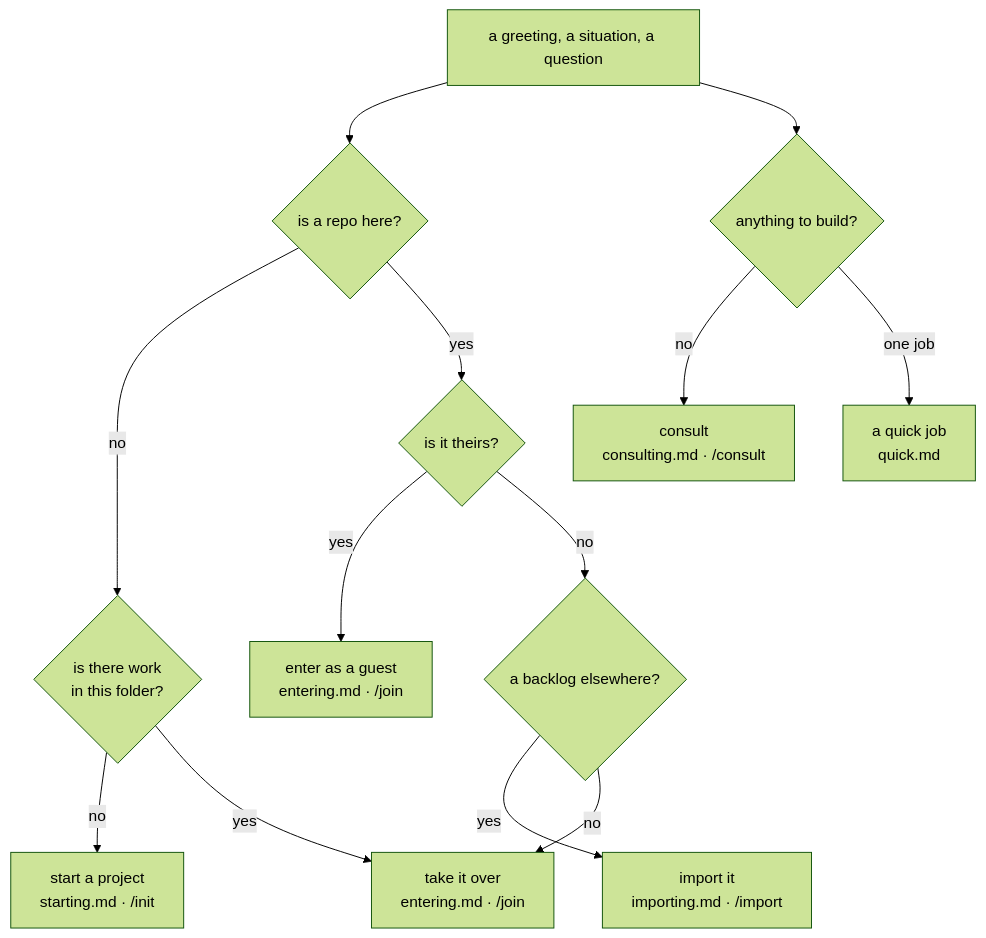
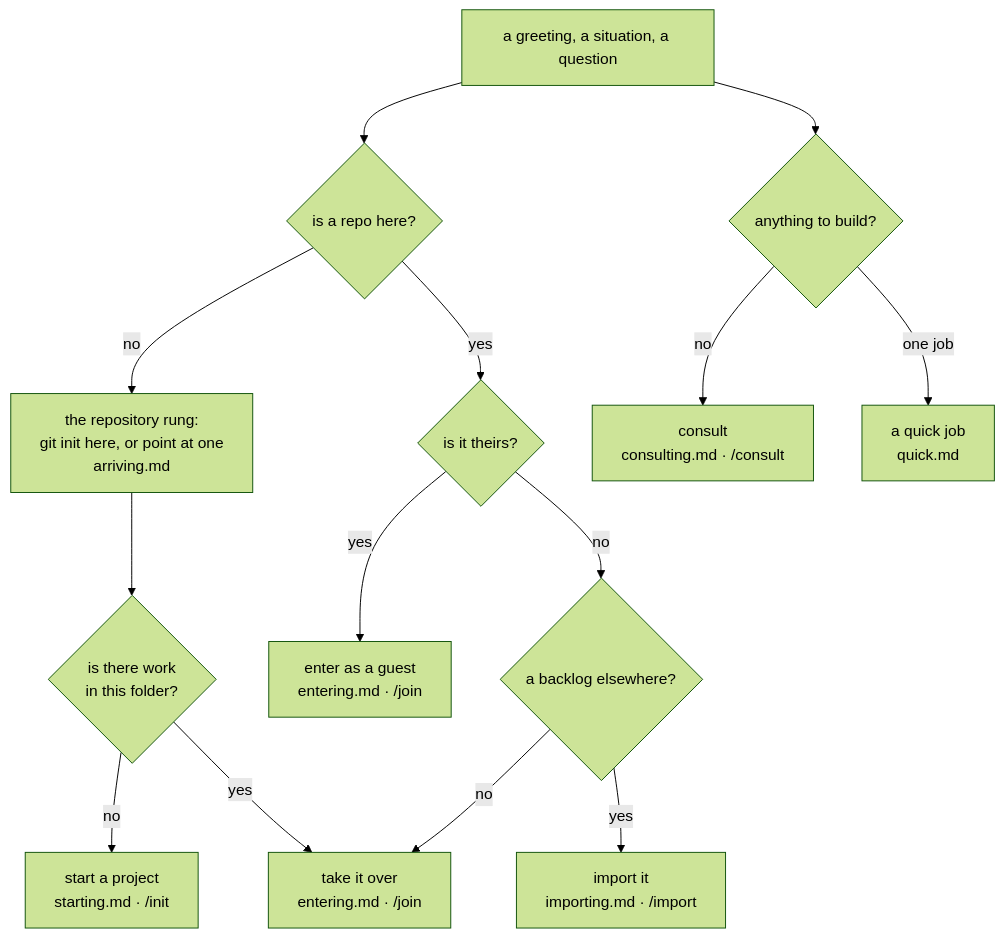
Before and after one commit to jamillazarev/opsinist: the first of 24 diagrams in diagrams.md, drawn with Mermaid (forest theme). The commit also changed other lines of this file and 21 other files, not shown here.

````diff
--- a/diagrams.md
+++ b/diagrams.md
@@ -18,15 +18,16 @@
 ```mermaid
 flowchart TD
   A[a greeting, a situation, a question] --> B{is a repo here?}
-  B -- no --> N{is there work<br/>in this folder?}
+  B -- no --> RR[the repository rung:<br/>git init here, or point at one<br/>arriving.md]
+  RR --> N{is there work<br/>in this folder?}
   N -- no --> C[start a project<br/>starting.md · /init]
   N -- yes --> H
   B -- yes --> D{is it theirs?}
   D -- yes --> E[enter as a guest<br/>entering.md · /join]
   D -- no --> F{a backlog elsewhere?}
   F -- yes --> G[import it<br/>importing.md · /import]
   F -- no --> H[take it over<br/>entering.md · /join]
   A --> I{anything to build?}
   I -- no --> J[consult<br/>consulting.md · /consult]
   I -- one job --> K[a quick job<br/>quick.md]
 ```
````
